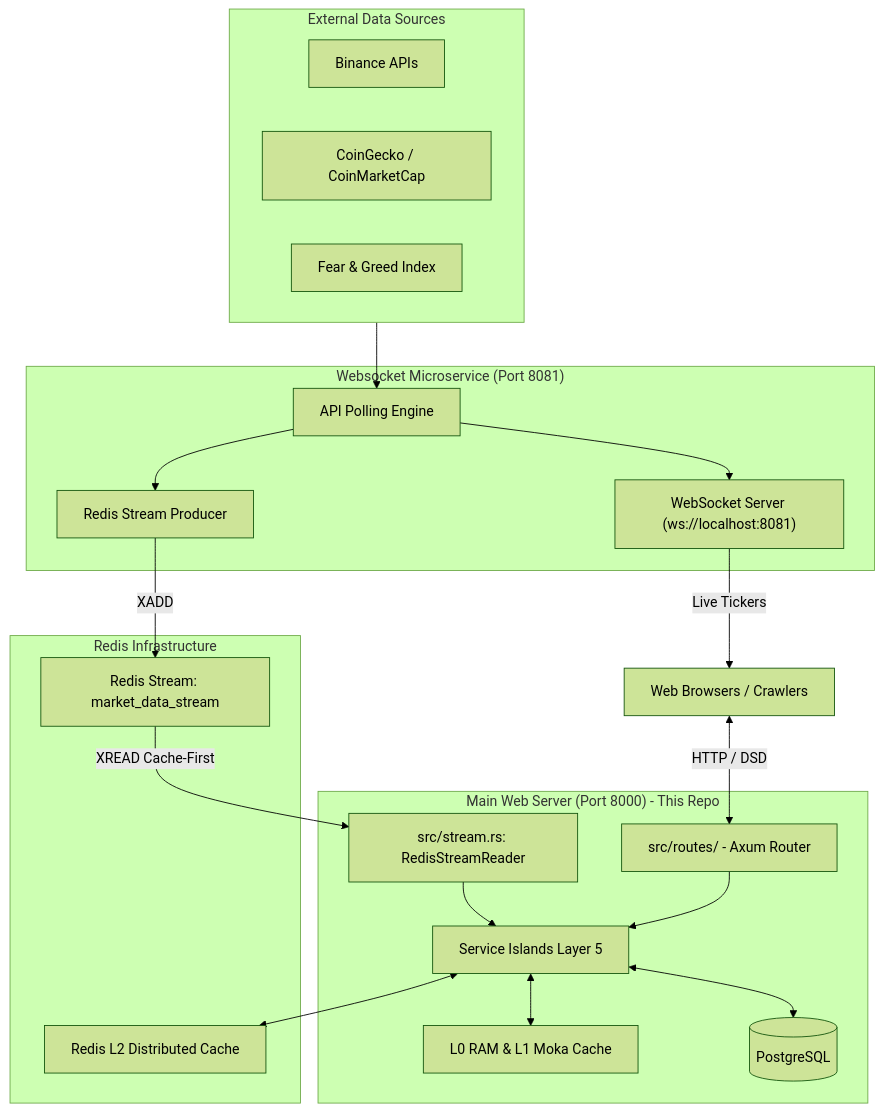
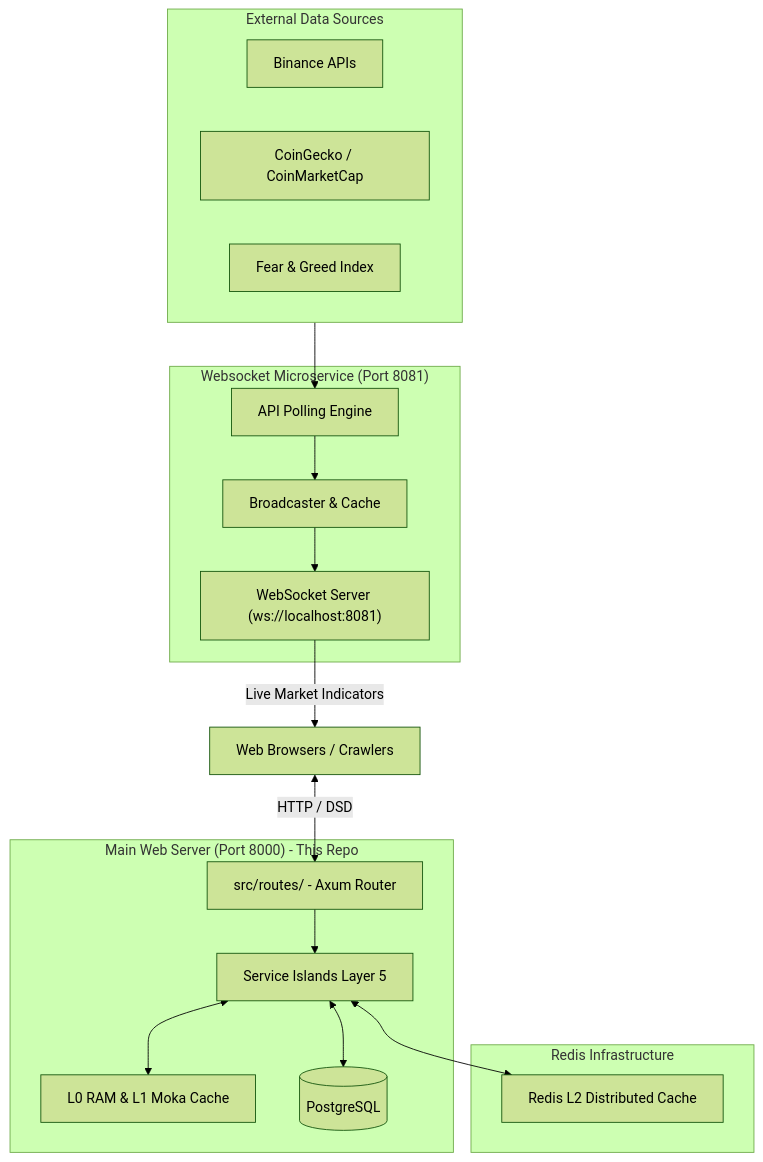
Before and after one commit to thichuong/Web-server-Report: the diagram in README.md, drawn with Mermaid (forest theme). The commit also changed other lines of this file and 15 other files, not shown here.

Commit message:
refactor: remove Redis Streams infrastructure and unify market data delivery through WebSockets

````diff
--- a/README.md
+++ b/README.md
@@ -81,42 +80,37 @@
 ```mermaid
 flowchart TD
     subgraph External["External Data Sources"]
         Binance["Binance APIs"]
         CoinGecko["CoinGecko / CoinMarketCap"]
         FNG["Fear & Greed Index"]
     end
 
     subgraph WebSocket_Service["Websocket Microservice (Port 8081)"]
         Ingestion["API Polling Engine"]
-        Producer["Redis Stream Producer"]
         WSServer["WebSocket Server (ws://localhost:8081)"]
+        Broadcaster["Broadcaster & Cache"]
     end
 
     subgraph Redis_Cluster["Redis Infrastructure"]
-        Stream["Redis Stream: market_data_stream"]
         L2_Cache["Redis L2 Distributed Cache"]
     end
 
     subgraph Main_Service["Main Web Server (Port 8000) - This Repo"]
-        StreamReader["src/stream.rs: RedisStreamReader"]
         Router["src/routes/ - Axum Router"]
         L0_L1["L0 RAM & L1 Moka Cache"]
         Services["Service Islands Layer 5"]
         DB[(PostgreSQL)]
     end
 
     External --> Ingestion
-    Ingestion --> Producer
-    Producer -->|XADD| Stream
-    Ingestion --> WSServer
+    Ingestion --> Broadcaster
+    Broadcaster --> WSServer
 
-    Stream -->|XREAD Cache-First| StreamReader
-    StreamReader --> Services
     Services <--> L0_L1
     Services <--> L2_Cache
     Services <--> DB
     Router --> Services
 
     Client[Web Browsers / Crawlers] <-->|HTTP / DSD| Router
-    WSServer -->|Live Tickers| Client
+    WSServer -->|Live Market Indicators| Client
 ```
````
